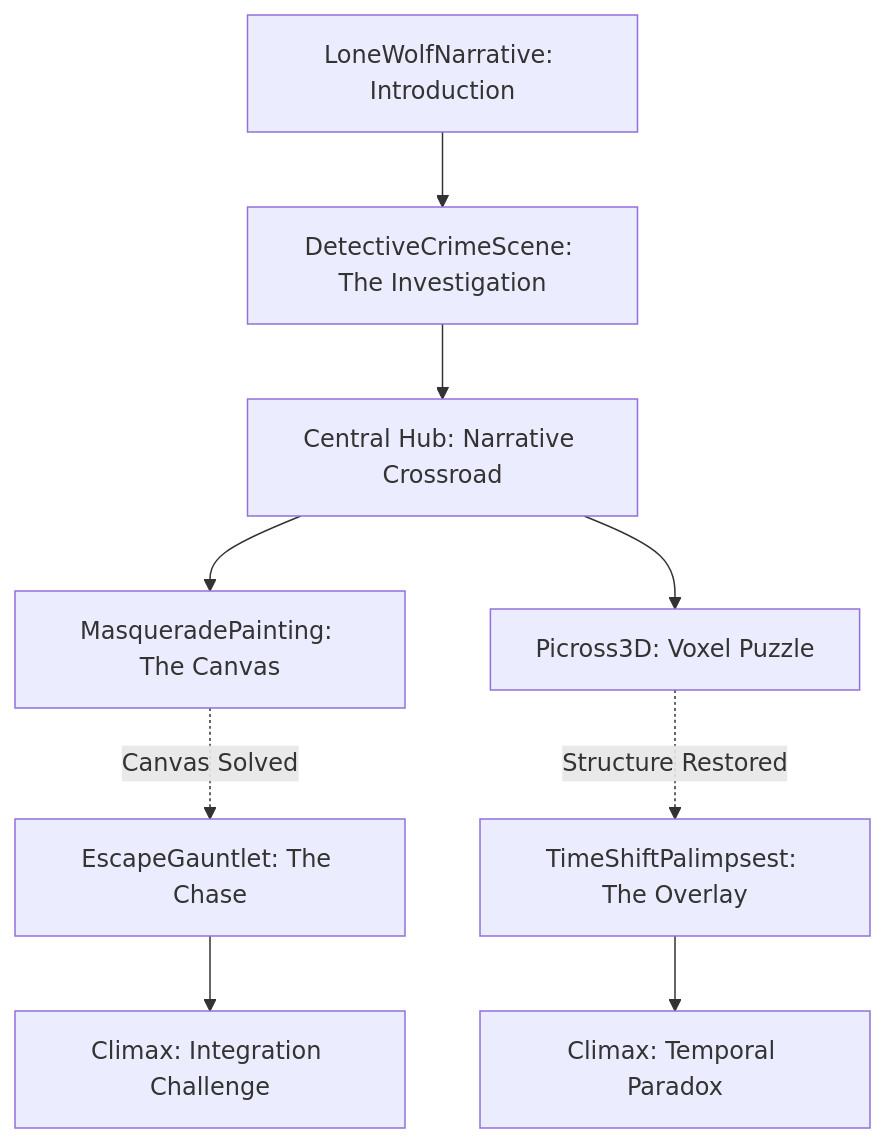
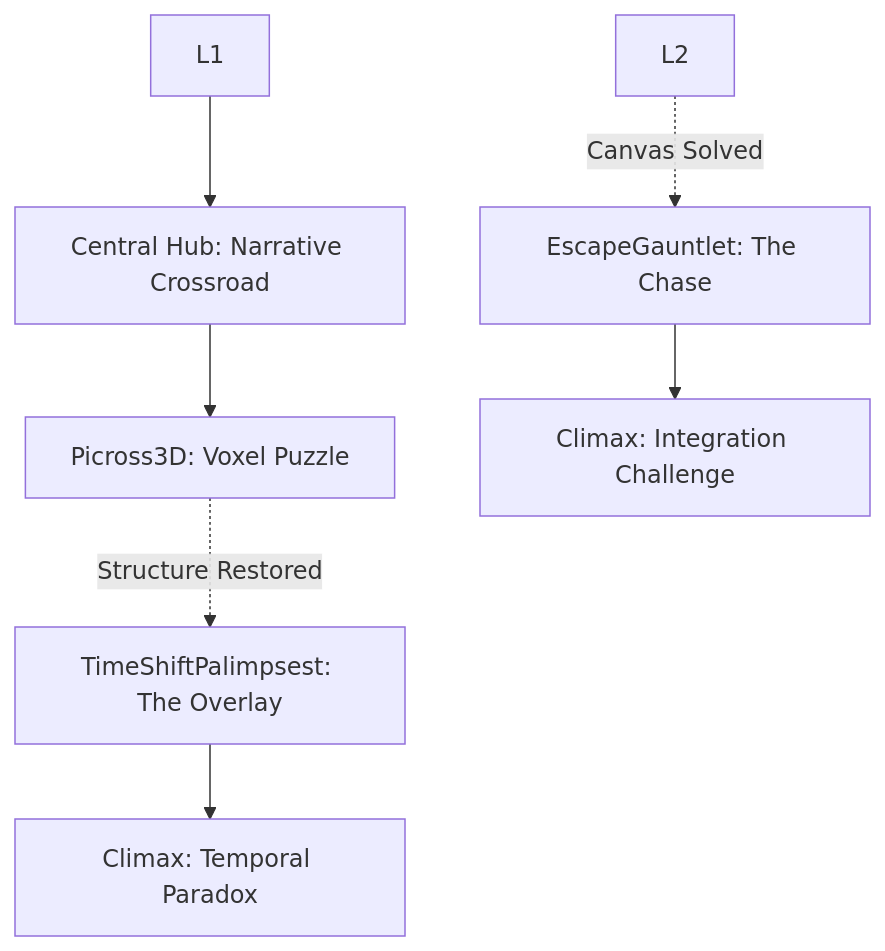
The diagram in MASTER_LEVEL_DESIGN.md (MorrisonC/Mixingflavors), drawn with Mermaid before and after one commit. The commit also changed other lines of this file and 12 other files, not shown here.

````diff
--- a/MASTER_LEVEL_DESIGN.md
+++ b/MASTER_LEVEL_DESIGN.md
@@ -12,14 +12,12 @@
 ```mermaid
 graph TD
-    Start[LoneWolfNarrative: Introduction] --> L1[DetectiveCrimeScene: The Investigation]
     L1 --> Hub[Central Hub: Narrative Crossroad]
 
-    Hub --> L2[MasqueradePainting: The Canvas]
     Hub --> L3[Picross3D: Voxel Puzzle]
 
     L2 -.->|Canvas Solved| Sub1[EscapeGauntlet: The Chase]
     L3 -.->|Structure Restored| Sub2[TimeShiftPalimpsest: The Overlay]
 
     Sub1 --> Boss1[Climax: Integration Challenge]
     Sub2 --> Boss2[Climax: Temporal Paradox]
 ```
````
